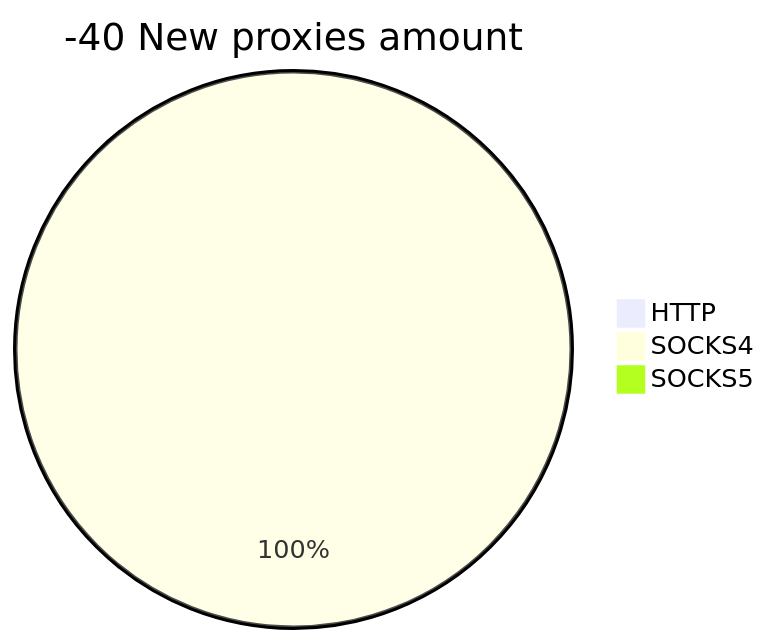
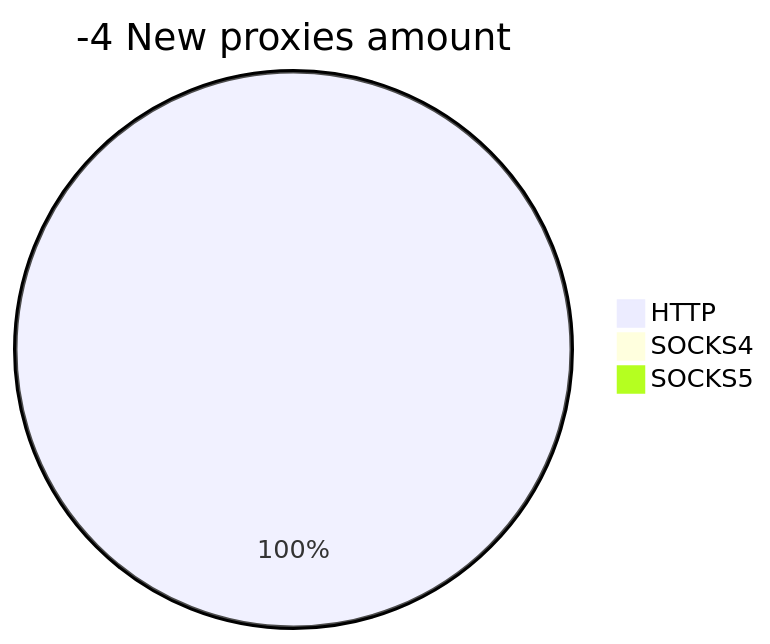
The second of 2 diagrams in README.md (cutipu/proxylist), drawn with Mermaid before and after one commit. The commit also changed other lines of this file, not shown here.

````diff
--- a/README.md
+++ b/README.md
@@ -10,6 +10,6 @@
 ```mermaid
-pie title -40 New proxies amount
-    "HTTP" : 0
-    "SOCKS4" : 6
+pie title -4 New proxies amount
+    "HTTP" : 1
+    "SOCKS4" : 0
     "SOCKS5" : 0
 ```
````
